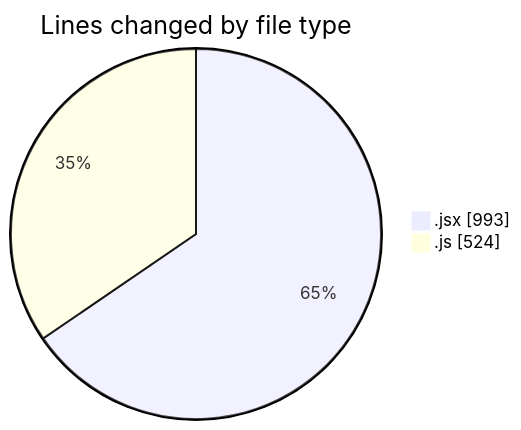
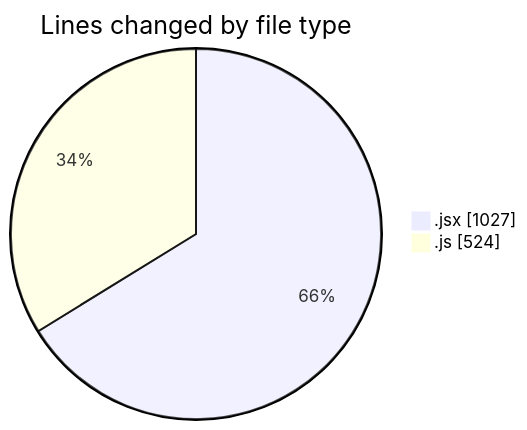
One commit to nxtqubesakshisongat/code-tracking changed the first of 2 diagrams in 2025-06-30/argos/README.md. Above: the diagram before and after it, drawn with Mermaid. The commit also changed other lines of this file and 1 other file, not shown here.

````diff
--- a/2025-06-30/argos/README.md
+++ b/2025-06-30/argos/README.md
@@ -25,6 +25,6 @@
 ```mermaid
 pie showData
 title Lines changed by file type
-".jsx" : 993
+".jsx" : 1027
 ".js" : 524
 ```
````
